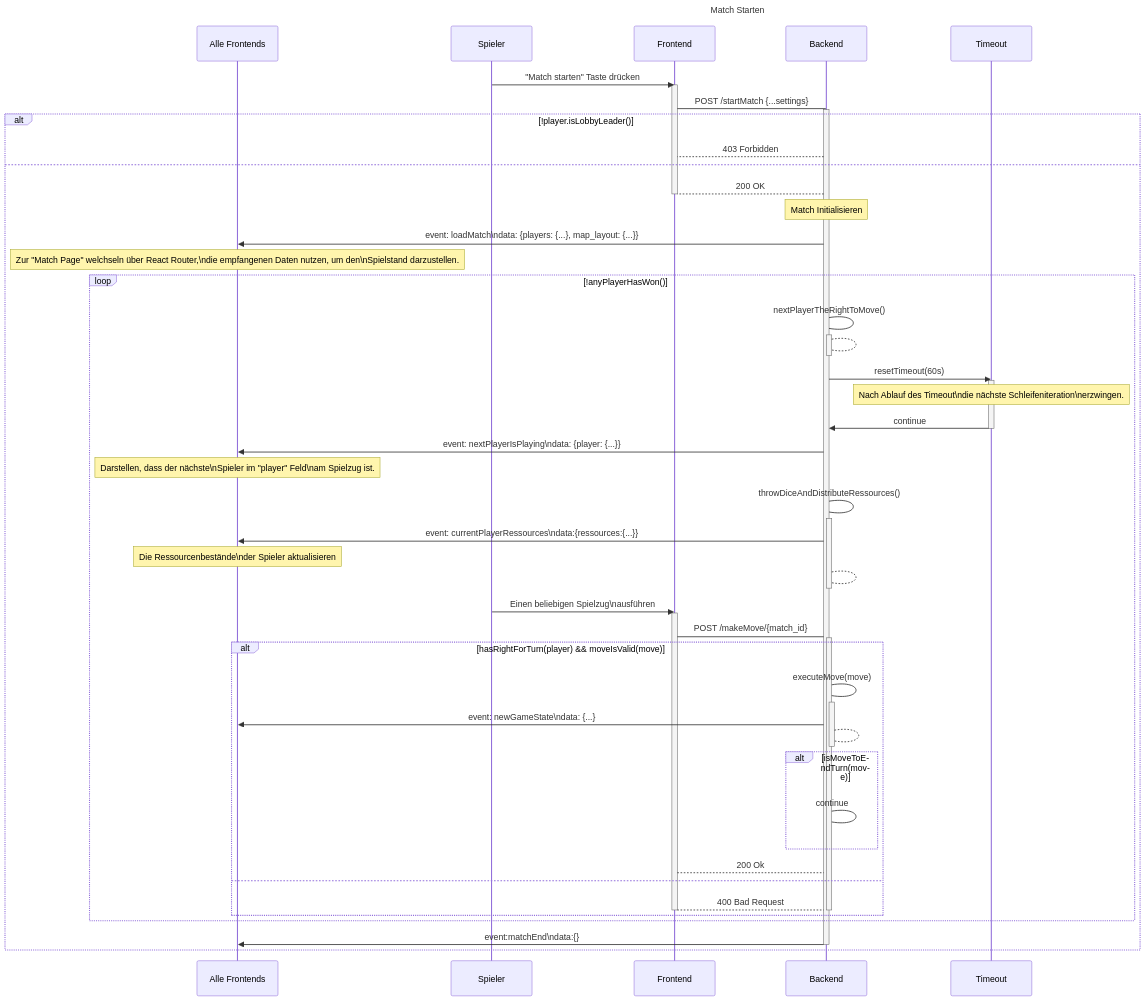
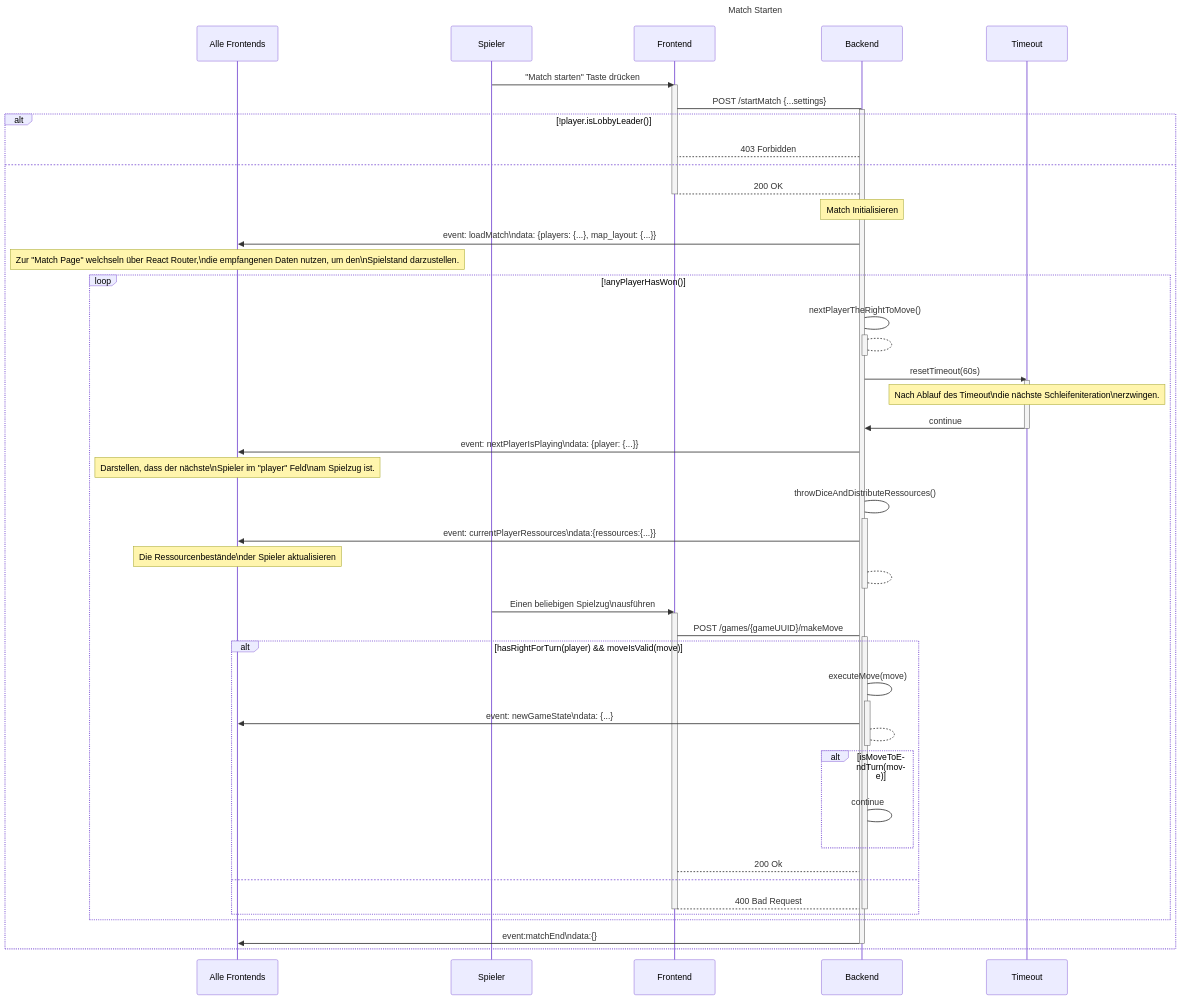
The diagram in srs/game/spielzug_ausfuehren/spielzug_ausfuehren.md (Hexfields-Studio/HexfieldsDominion-Artefacts), drawn with Mermaid before and after one commit. The commit also changed 5 other files, not shown here.

Commit message:
update seq-dgs according to class diagram

````diff
--- a/srs/game/spielzug_ausfuehren/spielzug_ausfuehren.md
+++ b/srs/game/spielzug_ausfuehren/spielzug_ausfuehren.md
@@ -29,67 +29,67 @@
 ```mermaid
 sequenceDiagram
 title Match Starten
 
 participant Alle Frontends
 participant Spieler
 participant Frontend
 participant Backend
 participant Timeout
 
 
 Spieler->>Frontend:"Match starten" Taste drücken
 activate Frontend
   Frontend->Backend: POST /startMatch {...settings}
   activate Backend
     alt !player.isLobbyLeader()
       Backend-->Frontend: 403 Forbidden
     else
       Backend-->Frontend: 200 OK
       deactivate Frontend
       note over Backend:Match Initialisieren
       Backend->>Alle Frontends: event: loadMatch\ndata: {players: {...}, map_layout: {...}}
         note over Alle Frontends:Zur "Match Page" welchseln über React Router,\ndie empfangenen Daten nutzen, um den\nSpielstand darzustellen.
       loop !anyPlayerHasWon()
         Backend->Backend: nextPlayerTheRightToMove()
         activate Backend
           Backend-->Backend:
         deactivate Backend
         Backend->>Timeout: resetTimeout(60s)
         activate Timeout
           note over Timeout: Nach Ablauf des Timeout\ndie nächste Schleifeniteration\nerzwingen.
           Timeout->>Backend: continue
         deactivate Timeout
         Backend ->> Alle Frontends: event: nextPlayerIsPlaying\ndata: {player: {...}}
         note over Alle Frontends: Darstellen, dass der nächste\nSpieler im "player" Feld\nam Spielzug ist.
         Backend->Backend: throwDiceAndDistributeRessources()
         activate Backend
           Backend ->> Alle Frontends: event: currentPlayerRessources\ndata:{ressources:{...}}
           note over Alle Frontends:Die Ressourcenbestände\nder Spieler aktualisieren
           Backend --> Backend:
         deactivate Backend
         
         Spieler ->> Frontend: Einen beliebigen Spielzug\nausführen
         activate Frontend
-          Frontend->Backend: POST /makeMove/{match_id}
+          Frontend->Backend: POST /games/{gameUUID}/makeMove
           activate Backend
             alt hasRightForTurn(player) && moveIsValid(move)
               Backend->Backend: executeMove(move)
               activate Backend
                 Backend ->> Alle Frontends: event: newGameState\ndata: {...}
                 Backend-->Backend:
                 
               deactivate Backend
               alt isMoveToEndTurn(move)
                 Backend->Backend: continue
               end
               Frontend-->Backend: 200 Ok
             else
               Frontend-->Backend: 400 Bad Request
               deactivate Backend
               deactivate Frontend
             end
       end
       Backend->>Alle Frontends: event:matchEnd\ndata:{}
       deactivate Backend
     end
 ```
````
